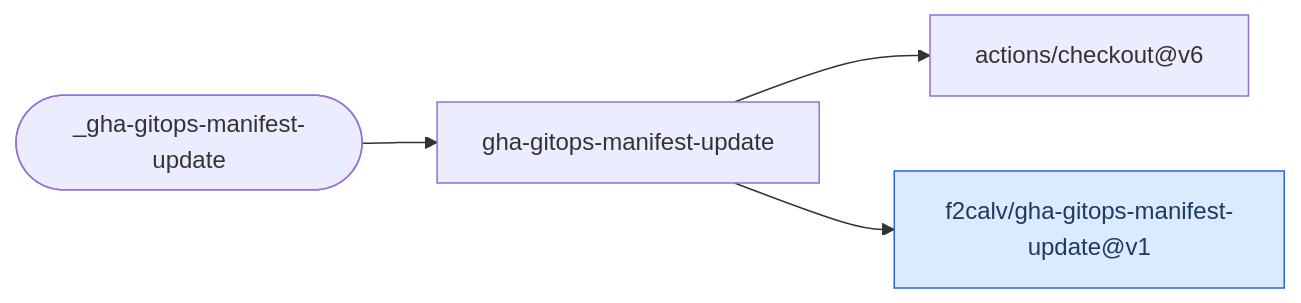
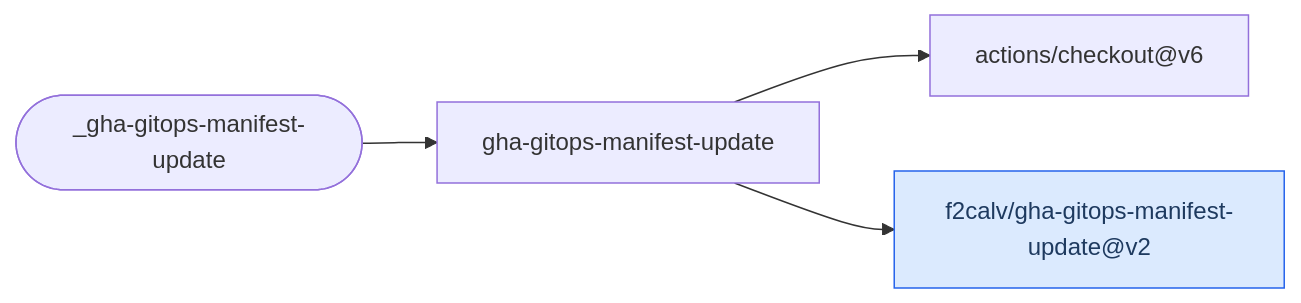
One commit to f2calv/gha-workflows changed the fifth of 8 diagrams in README.md. Above: the diagram before and after it, drawn with Mermaid. The commit also changed 1 other file, not shown here.

Commit message:
update gitops version

````diff
--- a/README.md
+++ b/README.md
@@ -100,8 +100,8 @@
 ```mermaid
 flowchart LR
     classDef f2calv fill:#dbeafe,stroke:#2563eb,color:#1e3a5f
     W(["_gha-gitops-manifest-update"]) --> J["gha-gitops-manifest-update"]
     J --> A1["actions/checkout@v6"]
-    J --> A2["f2calv/gha-gitops-manifest-update@v1"]
+    J --> A2["f2calv/gha-gitops-manifest-update@v2"]
     class A2 f2calv
 ```
````
